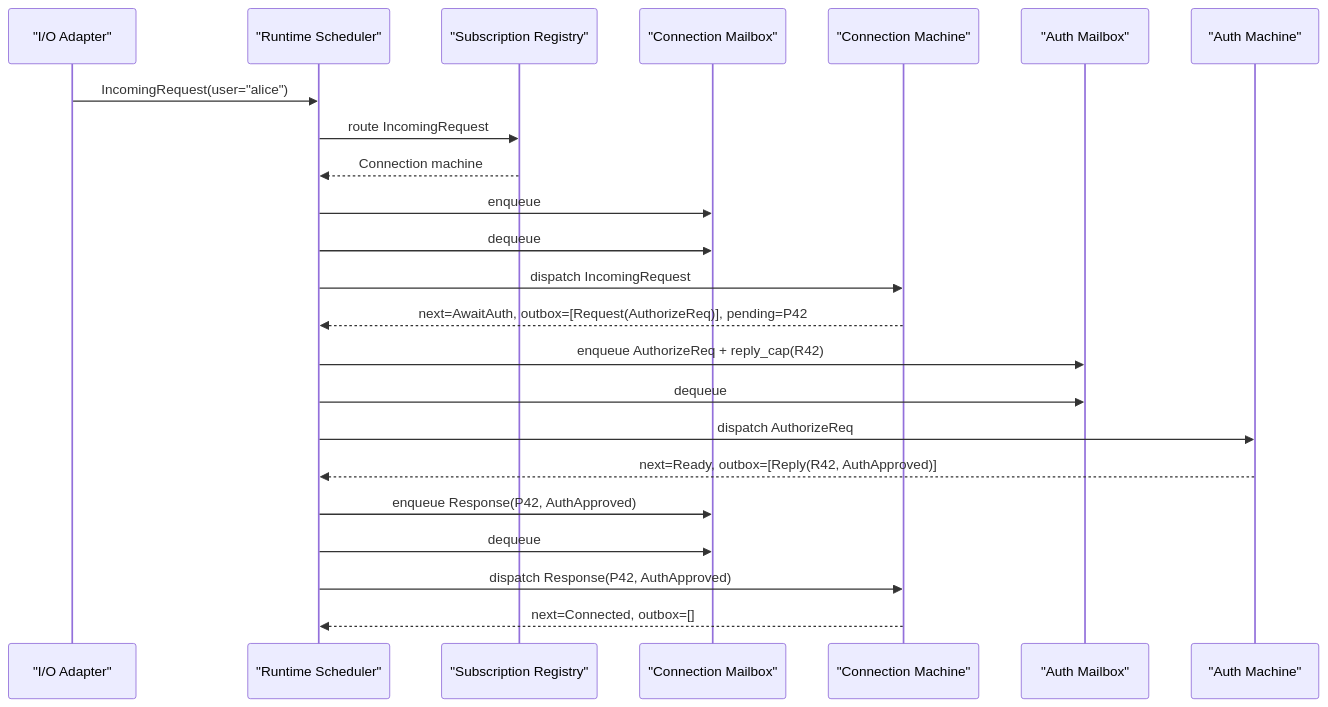
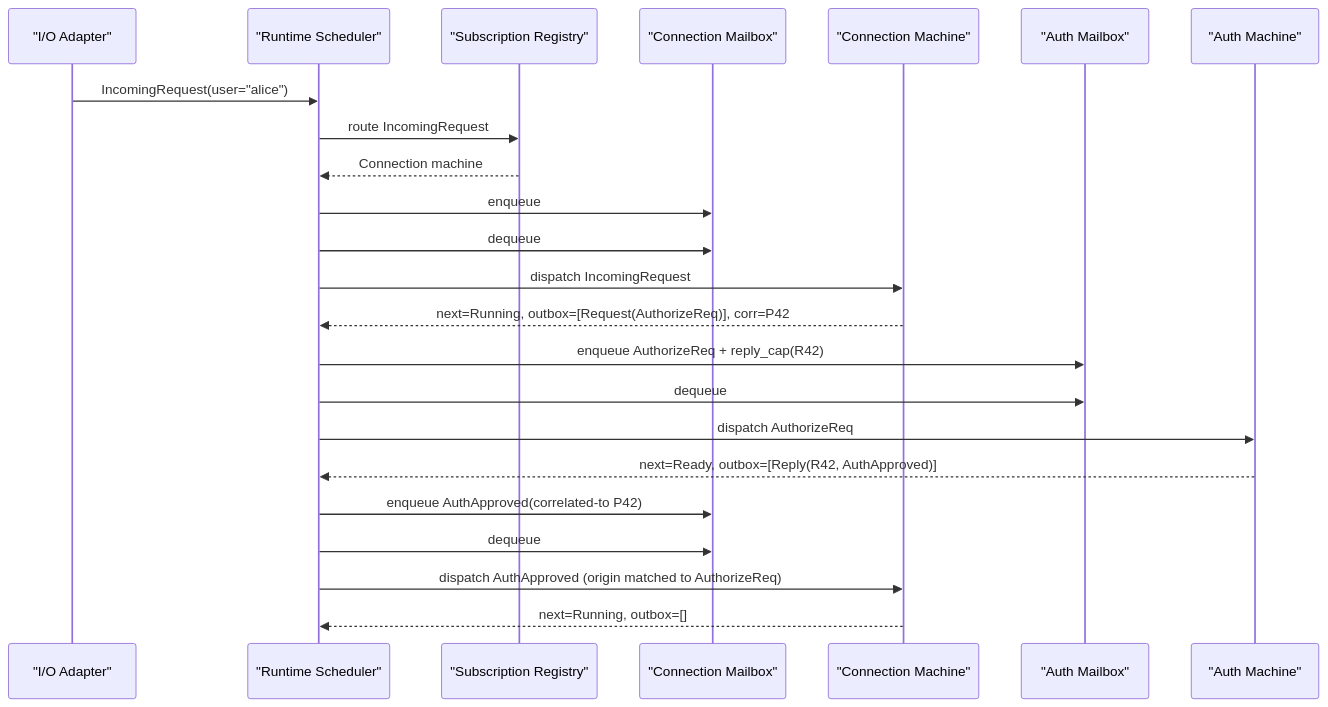
The diagram in docs/compiler/typestate-machines-async-events-design.md (khaledh/machina), drawn with Mermaid before and after one commit. The commit also changed other lines of this file and 3 other files, not shown here.

````diff
--- a/docs/compiler/typestate-machines-async-events-design.md
+++ b/docs/compiler/typestate-machines-async-events-design.md
@@ -380,29 +401,29 @@
 ```mermaid
 sequenceDiagram
     participant IO as "I/O Adapter"
     participant RT as "Runtime Scheduler"
     participant REG as "Subscription Registry"
     participant MQC as "Connection Mailbox"
     participant C as "Connection Machine"
     participant MQA as "Auth Mailbox"
     participant A as "Auth Machine"
 
     IO->>RT: IncomingRequest(user="alice")
     RT->>REG: route IncomingRequest
     REG-->>RT: Connection machine
     RT->>MQC: enqueue
 
     RT->>MQC: dequeue
     RT->>C: dispatch IncomingRequest
-    C-->>RT: next=AwaitAuth, outbox=[Request(AuthorizeReq)], pending=P42
+    C-->>RT: next=Running, outbox=[Request(AuthorizeReq)], corr=P42
 
     RT->>MQA: enqueue AuthorizeReq + reply_cap(R42)
     RT->>MQA: dequeue
     RT->>A: dispatch AuthorizeReq
     A-->>RT: next=Ready, outbox=[Reply(R42, AuthApproved)]
 
-    RT->>MQC: enqueue Response(P42, AuthApproved)
+    RT->>MQC: enqueue AuthApproved(correlated-to P42)
     RT->>MQC: dequeue
-    RT->>C: dispatch Response(P42, AuthApproved)
-    C-->>RT: next=Connected, outbox=[]
+    RT->>C: dispatch AuthApproved (origin matched to AuthorizeReq)
+    C-->>RT: next=Running, outbox=[]
 ```
````
